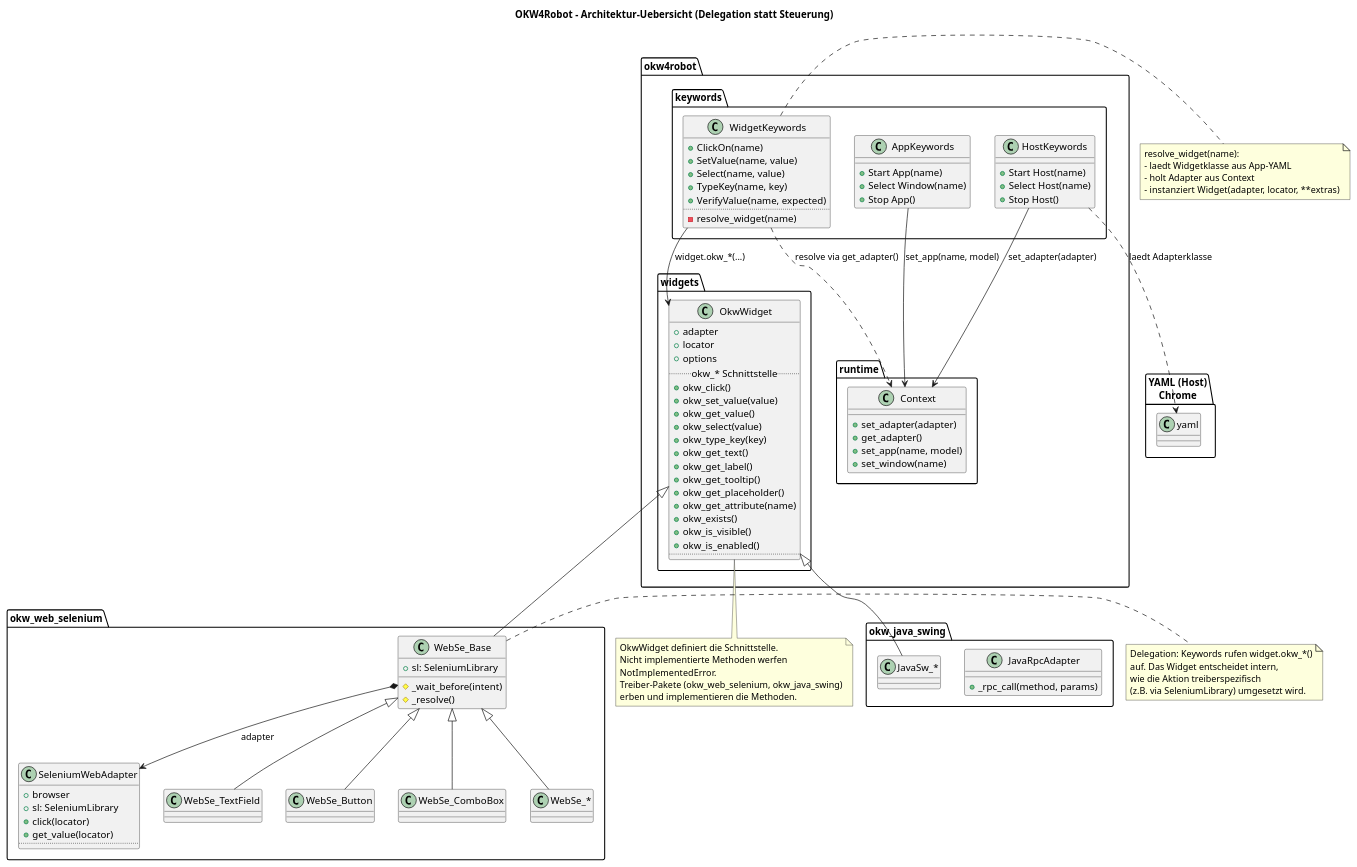
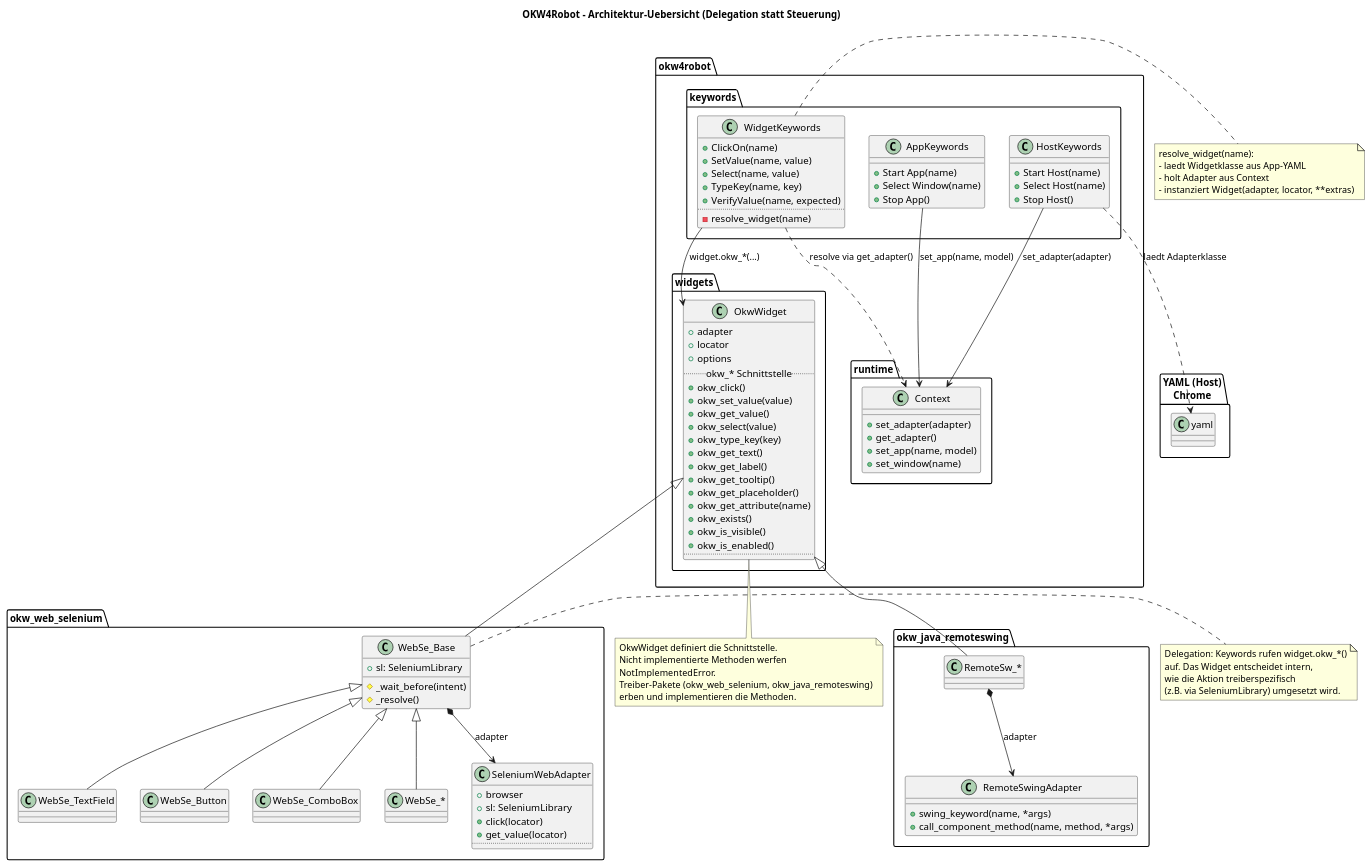
Before and after one commit to Hrabovszki1023/robotframework-okw4robot: the diagram in docs/diagramms/adapters_overview.puml, drawn with PlantUML. The commit also changed 9 other files, not shown here.

First line of the commit message:
Rename okw-java-swing to okw-java-remoteswing across all docs

```diff
--- a/docs/diagramms/adapters_overview.puml
+++ b/docs/diagramms/adapters_overview.puml
@@ -1,121 +1,123 @@
 @startuml AdaptersOverview
 title OKW4Robot – Architektur-Uebersicht (Delegation statt Steuerung)
 
 package "okw4robot.runtime" {
   class Context {
     +set_adapter(adapter)
     +get_adapter()
     +set_app(name, model)
     +set_window(name)
   }
 }
 
 package "okw4robot.keywords" {
   class HostKeywords {
     +Start Host(name)
     +Select Host(name)
     +Stop Host()
   }
   class AppKeywords {
     +Start App(name)
     +Select Window(name)
     +Stop App()
   }
   class WidgetKeywords {
     +ClickOn(name)
     +SetValue(name, value)
     +Select(name, value)
     +TypeKey(name, key)
     +VerifyValue(name, expected)
     ..
     - resolve_widget(name)
   }
 }
 
 package "okw4robot.widgets" {
   class OkwWidget {
     +adapter
     +locator
     +options
     .. okw_* Schnittstelle ..
     +okw_click()
     +okw_set_value(value)
     +okw_get_value()
     +okw_select(value)
     +okw_type_key(key)
     +okw_get_text()
     +okw_get_label()
     +okw_get_tooltip()
     +okw_get_placeholder()
     +okw_get_attribute(name)
     +okw_exists()
     +okw_is_visible()
     +okw_is_enabled()
     ..
   }
 }
 
 package "okw_web_selenium" {
   class SeleniumWebAdapter {
     +browser
     +sl: SeleniumLibrary
     +click(locator)
     +get_value(locator)
     ..
   }
   class WebSe_Base {
     +sl: SeleniumLibrary
     # _wait_before(intent)
     # _resolve()
   }
   class WebSe_TextField
   class WebSe_Button
   class WebSe_ComboBox
   class "WebSe_*" as WebSeOther
 }
 
-package "okw_java_swing" {
-  class JavaRpcAdapter {
-    +_rpc_call(method, params)
+package "okw_java_remoteswing" {
+  class RemoteSwingAdapter {
+    +swing_keyword(name, *args)
+    +call_component_method(name, method, *args)
   }
-  class "JavaSw_*" as JavaSwOther
+  class "RemoteSw_*" as RemoteSwOther
 }
 
 HostKeywords --> Context : set_adapter(adapter)
 HostKeywords ..> "YAML (Host)\nChrome.yaml" : laedt Adapterklasse
 AppKeywords --> Context : set_app(name, model)
 WidgetKeywords ..> Context : resolve via get_adapter()
 WidgetKeywords --> OkwWidget : widget.okw_*(...)
 
 OkwWidget <|-- WebSe_Base
 WebSe_Base <|-- WebSe_TextField
 WebSe_Base <|-- WebSe_Button
 WebSe_Base <|-- WebSe_ComboBox
 WebSe_Base <|-- WebSeOther
 WebSe_Base *--> SeleniumWebAdapter : adapter
 
-OkwWidget <|-- JavaSwOther
+OkwWidget <|-- RemoteSwOther
+RemoteSwOther *--> RemoteSwingAdapter : adapter
 
 note right of WidgetKeywords
 resolve_widget(name):
 - laedt Widgetklasse aus App-YAML
 - holt Adapter aus Context
 - instanziert Widget(adapter, locator, **extras)
 end note
 
 note bottom of OkwWidget
 OkwWidget definiert die Schnittstelle.
 Nicht implementierte Methoden werfen
 NotImplementedError.
-Treiber-Pakete (okw_web_selenium, okw_java_swing)
+Treiber-Pakete (okw_web_selenium, okw_java_remoteswing)
 erben und implementieren die Methoden.
 end note
 
 note right of WebSe_Base
 Delegation: Keywords rufen widget.okw_*()
 auf. Das Widget entscheidet intern,
 wie die Aktion treiberspezifisch
 (z.B. via SeleniumLibrary) umgesetzt wird.
 end note
 
 @enduml
```
